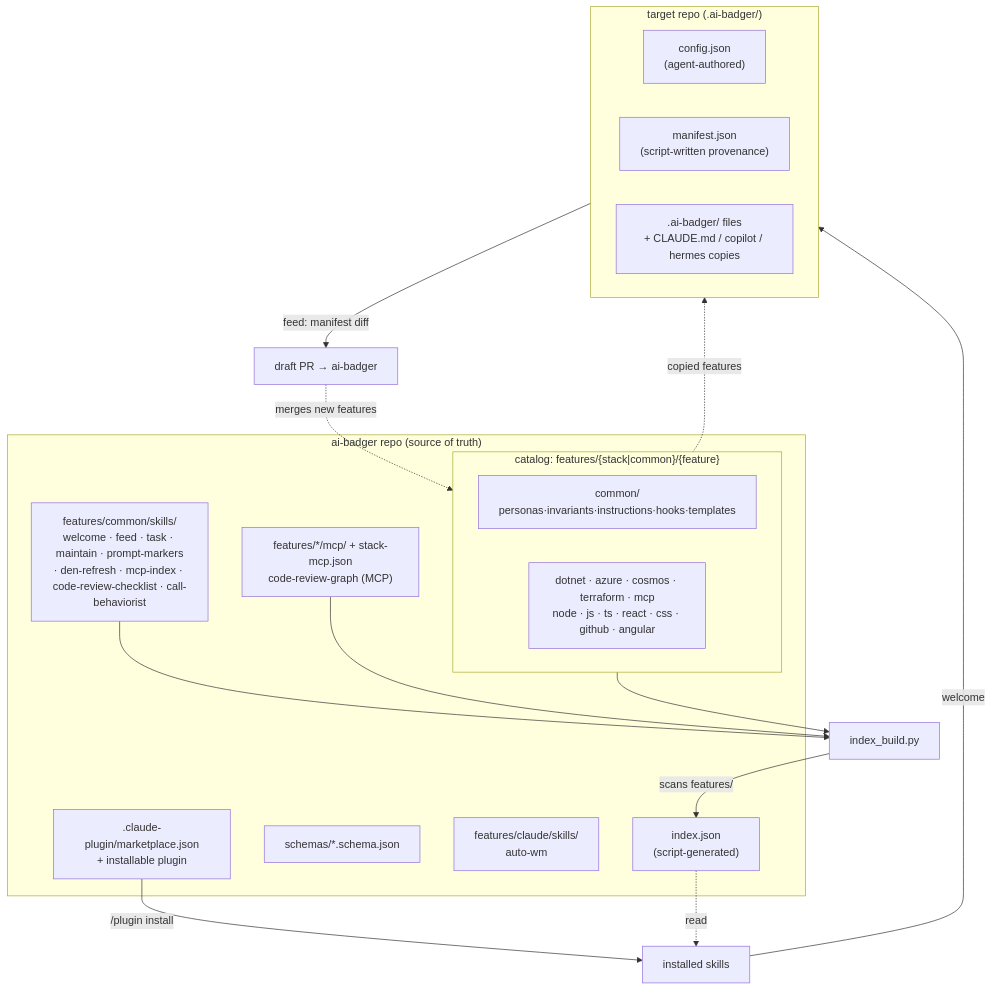
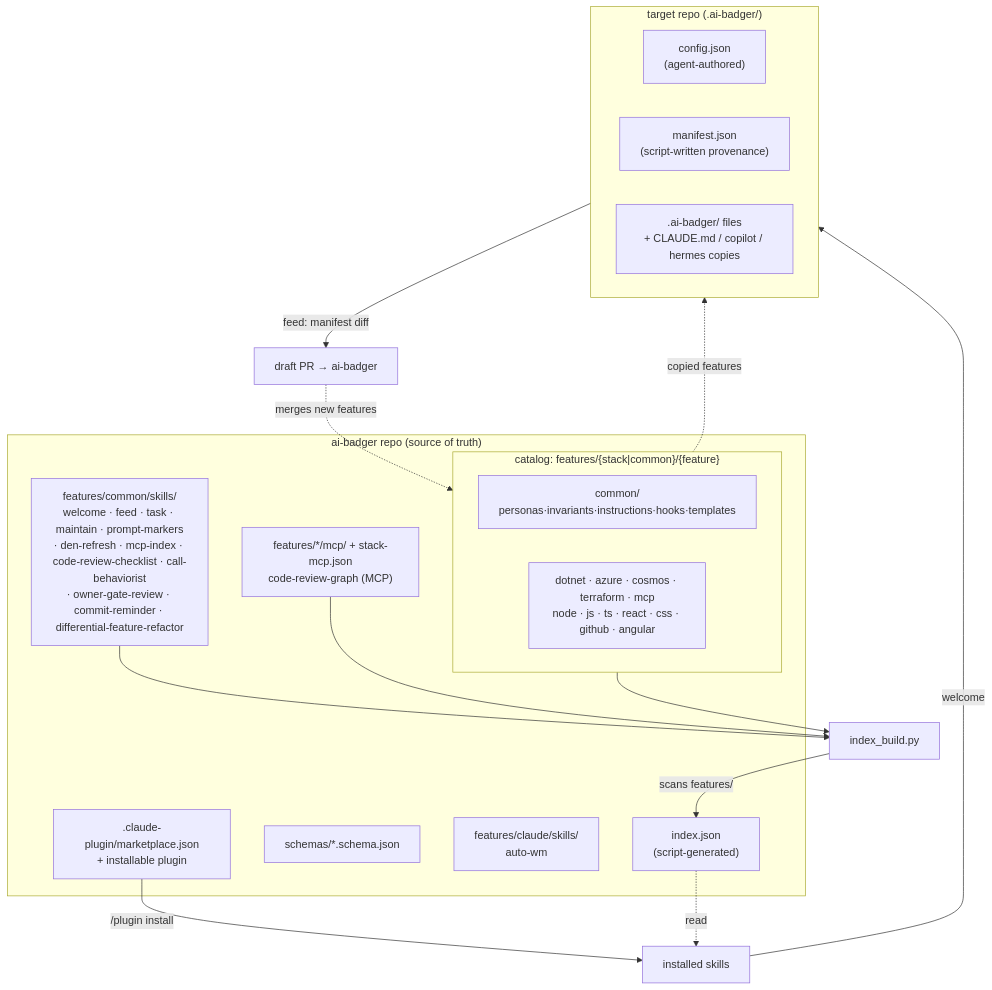
One commit to Arasz/ai-badger changed the diagram in README.md. Above: the diagram before and after it, drawn with Mermaid. The commit also changed other lines of this file and 5 other files, not shown here.

````diff
--- a/README.md
+++ b/README.md
@@ -249,30 +257,30 @@
 ```mermaid
 flowchart TB
   subgraph FW["ai-badger repo (source of truth)"]
     IDX["index.json\n(script-generated)"]
     SCH["schemas/*.schema.json"]
     subgraph CAT["catalog: features/{stack|common}/{feature}"]
       COMMON["common/\npersonas·invariants·instructions·hooks·templates"]
       STACKS["dotnet · azure · cosmos · terraform · mcp\nnode · js · ts · react · css · github · angular"]
     end
-    SKILLSDIR["features/common/skills/\nwelcome · feed · task · maintain · prompt-markers\n· den-refresh · mcp-index · code-review-checklist · call-behaviorist"]
+    SKILLSDIR["features/common/skills/\nwelcome · feed · task · maintain · prompt-markers\n· den-refresh · mcp-index · code-review-checklist · call-behaviorist\n· owner-gate-review · commit-reminder · differential-feature-refactor"]
     CLAUDESKILLS["features/claude/skills/\nauto-wm"]
     MCPCAT["features/*/mcp/ + stack-mcp.json\ncode-review-graph (MCP)"]
     MKT[".claude-plugin/marketplace.json\n+ installable plugin"]
   end
   IDXbuild["index_build.py"] -->|scans features/| IDX
   CAT --> IDXbuild
   SKILLSDIR --> IDXbuild
   MCPCAT --> IDXbuild
   MKT -->|/plugin install| SKILLS["installed skills"]
   IDX -. read .-> SKILLS
   CAT -. copied features .-> PROJ
   subgraph PROJ["target repo (.ai-badger/)"]
     CFG["config.json\n(agent-authored)"]
     MAN["manifest.json\n(script-written provenance)"]
     OUT[".ai-badger/ files\n+ CLAUDE.md / copilot / hermes copies"]
   end
   SKILLS -->|welcome| PROJ
   PROJ -->|feed: manifest diff| PRD["draft PR → ai-badger"]
   PRD -. merges new features .-> CAT
 ```
````
